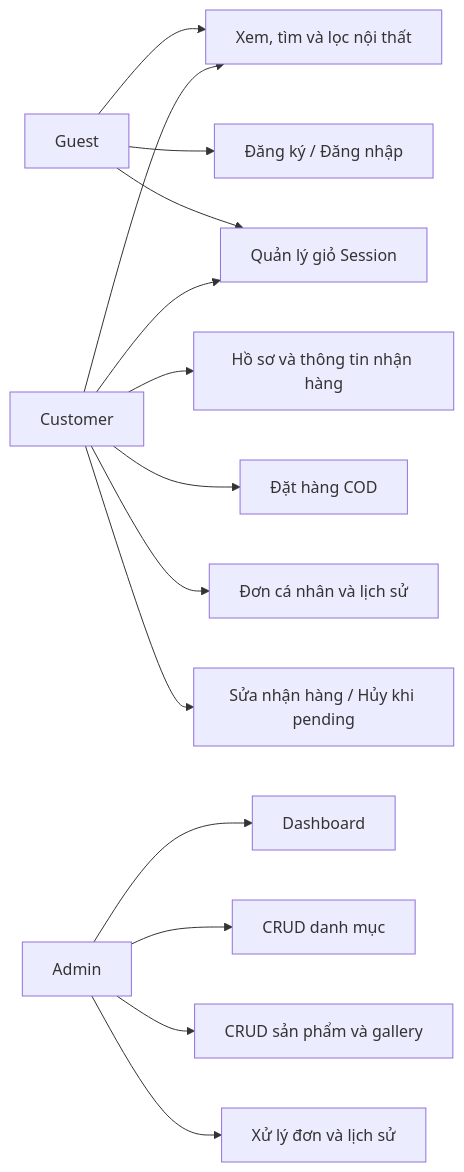
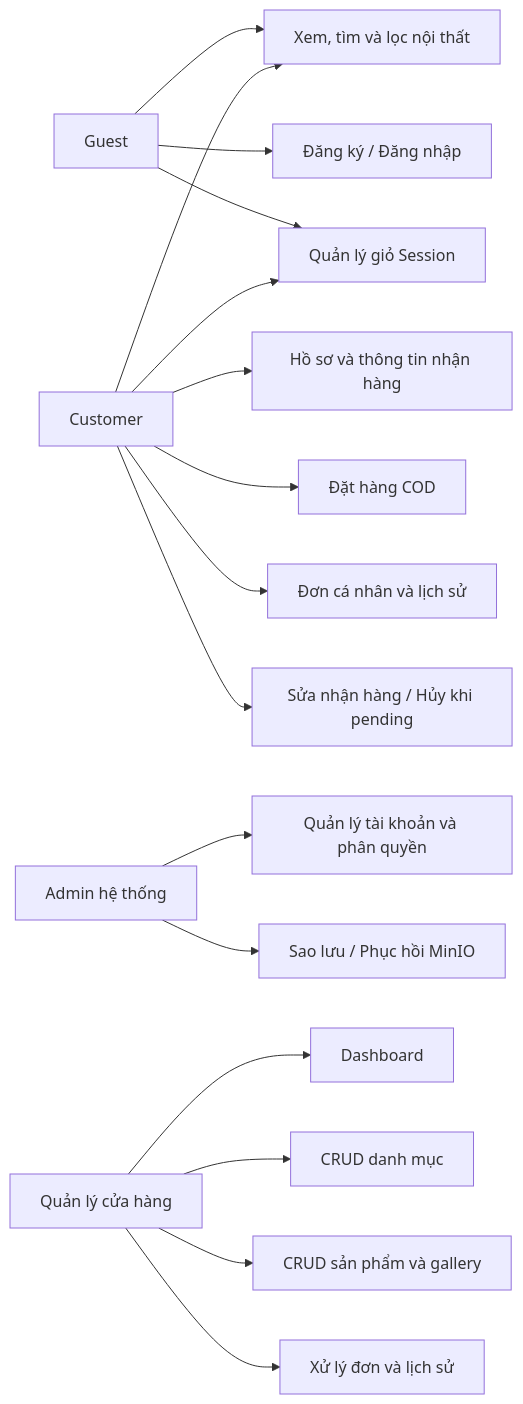
The first of 4 diagrams in docs/BAO_CAO.md (longdt2025/nest-market-laravel), drawn with Mermaid before and after one commit. The commit also changed other lines of this file and 64 other files, not shown here.

````diff
--- a/docs/BAO_CAO.md
+++ b/docs/BAO_CAO.md
@@ -25,16 +30,18 @@
 ```mermaid
 flowchart LR
     G[Guest] --> S[Xem, tìm và lọc nội thất]
     G --> A[Đăng ký / Đăng nhập]
     G --> C[Quản lý giỏ Session]
     U[Customer] --> S
     U --> C
     U --> P[Hồ sơ và thông tin nhận hàng]
     U --> O[Đặt hàng COD]
     U --> H[Đơn cá nhân và lịch sử]
     U --> E[Sửa nhận hàng / Hủy khi pending]
-    M[Admin] --> D[Dashboard]
+    SADMIN[Admin hệ thống] --> ACC[Quản lý tài khoản và phân quyền]
+    SADMIN --> BK[Sao lưu / Phục hồi MinIO]
+    M[Quản lý cửa hàng] --> D[Dashboard]
     M --> CAT[CRUD danh mục]
     M --> PROD[CRUD sản phẩm và gallery]
     M --> ORD[Xử lý đơn và lịch sử]
 ```
````
